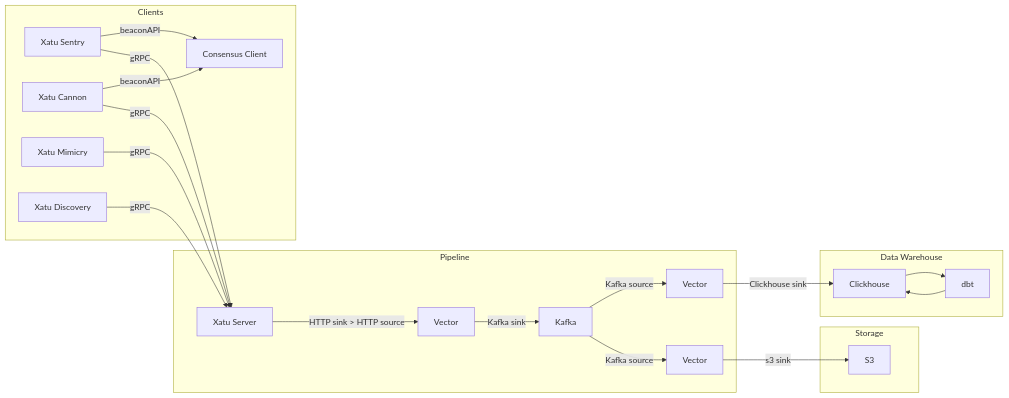
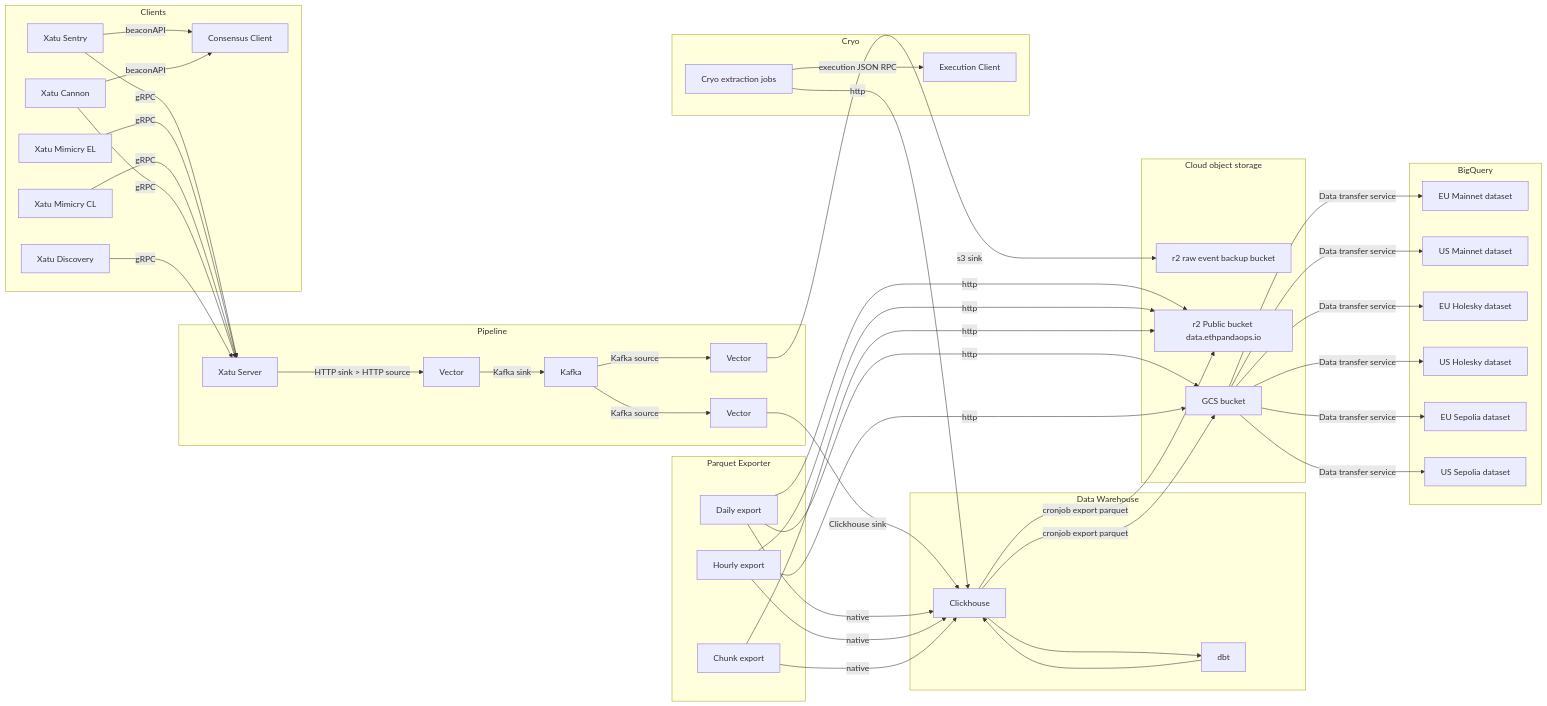
One commit to ethpandaops/analytics-pipeline changed the diagram in README.md. Above: the diagram before and after it, drawn with Mermaid.

Commit message:
feat(README): update pipeline graph

````diff
--- a/README.md
+++ b/README.md
@@ -7,25 +7,50 @@
 ```mermaid
 graph LR
     subgraph Pipeline
         XatuServer -->|HTTP sink > HTTP source| Vector1[Vector]
         Vector1 -->|Kafka sink| Kafka
         Kafka -->|Kafka source| Vector2[Vector]
         Kafka -->|Kafka source| Vector3[Vector]
     end
     subgraph Data Warehouse
         Vector2 -->|Clickhouse sink| Clickhouse[Clickhouse]
         Clickhouse --> dbt[dbt]
         dbt --> Clickhouse
     end
-    subgraph Storage
-        Vector3 -->|s3 sink| S3
+    subgraph Cloud object storage
+        Vector3 -->|s3 sink| S3Events[r2 raw event backup bucket]
+        Clickhouse -->|cronjob export parquet| S3Public[r2 Public bucket data.ethpandaops.io]
+        Clickhouse -->|cronjob export parquet| S3GCS[GCS bucket]
     end
     subgraph Clients
         XatuSentry[Xatu Sentry] -->|beaconAPI| ConsensusClient[Consensus Client]
         XatuCannon[Xatu Cannon] -->|beaconAPI| ConsensusClient
         XatuSentry -->|gRPC| XatuServer[Xatu Server]
-        XatuMimicry[Xatu Mimicry] -->|gRPC| XatuServer
+        XatuMimicryEL[Xatu Mimicry EL] -->|gRPC| XatuServer
+        XatuMimicryCL[Xatu Mimicry CL] -->|gRPC| XatuServer
         XatuCannon -->|gRPC| XatuServer
         XatuDiscovery[Xatu Discovery] -->|gRPC| XatuServer
     end
+    subgraph Parquet Exporter
+        dailyexport[Daily export] -->|http| S3Public
+        dailyexport -->|http| S3GCS
+        dailyexport -->|native| Clickhouse
+        hourlyexport[Hourly export] -->|http| S3Public
+        hourlyexport -->|http| S3GCS
+        hourlyexport -->|native| Clickhouse
+        chunkexport[Chunk export] -->|http| S3Public
+        chunkexport -->|native| Clickhouse
+    end
+    subgraph BigQuery
+        S3GCS -->|Data transfer service| EUMainnet[EU Mainnet dataset]
+        S3GCS -->|Data transfer service| USMainnet[US Mainnet dataset]
+        S3GCS -->|Data transfer service| EUHolesky[EU Holesky dataset]
+        S3GCS -->|Data transfer service| USHolesky[US Holesky dataset]
+        S3GCS -->|Data transfer service| EUSepolia[EU Sepolia dataset]
+        S3GCS -->|Data transfer service| USSepolia[US Sepolia dataset]
+    end
+    subgraph Cryo
+        cryocronjob[Cryo extraction jobs] -->|http| Clickhouse
+        cryocronjob-->|execution JSON RPC| ExecutionClient[Execution Client]
+    end
 ```
````
